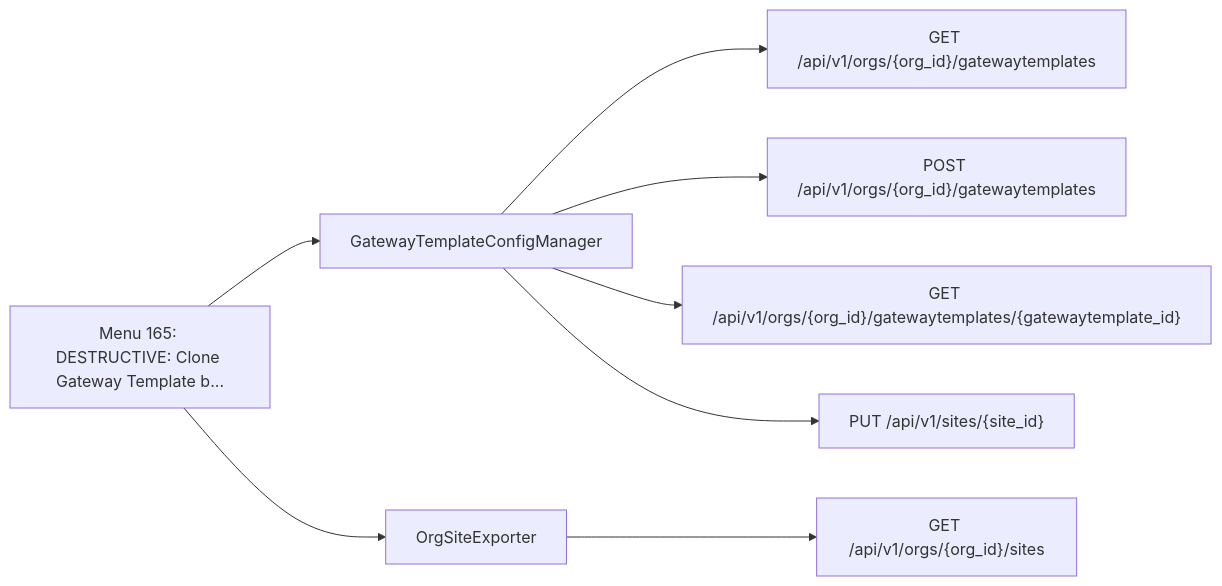
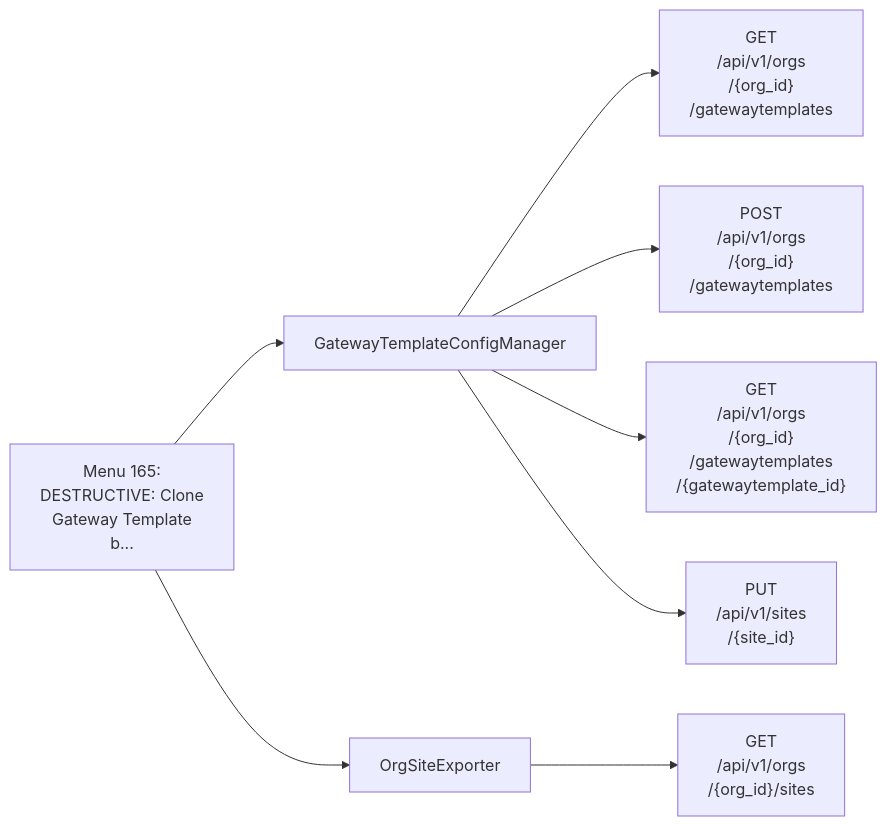
Before and after one commit to jmorrison-juniper/MistHelper: diagram 12 of 27 in documentation/menu-api/destructive.md, drawn with Mermaid. The commit also changed other lines of this file and 19 other files, not shown here.

First line of the commit message:
docs(menu-api): fit the Mermaid diagrams to the wiki column (#3463)

````diff
--- a/documentation/menu-api/destructive.md
+++ b/documentation/menu-api/destructive.md
@@ -578,11 +368,11 @@
 ```mermaid
 flowchart LR
-    menu["Menu 165: DESTRUCTIVE: Clone Gateway Template b..."]
+    menu["Menu 165:<br/>DESTRUCTIVE: Clone<br/>Gateway Template<br/>b..."]
     menu --> c1["GatewayTemplateConfigManager"]
-    c1 --> e1["GET /api/v1/orgs/{org_id}/gatewaytemplates"]
-    c1 --> e2["POST /api/v1/orgs/{org_id}/gatewaytemplates"]
-    c1 --> e3["GET /api/v1/orgs/{org_id}/gatewaytemplates/{gatewaytemplate_id}"]
-    c1 --> e4["PUT /api/v1/sites/{site_id}"]
+    c1 --> e1["GET<br/>/api/v1/orgs<br/>/{org_id}<br/>/gatewaytemplates"]
+    c1 --> e2["POST<br/>/api/v1/orgs<br/>/{org_id}<br/>/gatewaytemplates"]
+    c1 --> e3["GET<br/>/api/v1/orgs<br/>/{org_id}<br/>/gatewaytemplates<br/>/{gatewaytemplate_id}"]
+    c1 --> e4["PUT<br/>/api/v1/sites<br/>/{site_id}"]
     menu --> c2["OrgSiteExporter"]
-    c2 --> e5["GET /api/v1/orgs/{org_id}/sites"]
+    c2 --> e5["GET<br/>/api/v1/orgs<br/>/{org_id}/sites"]
 ```
````
